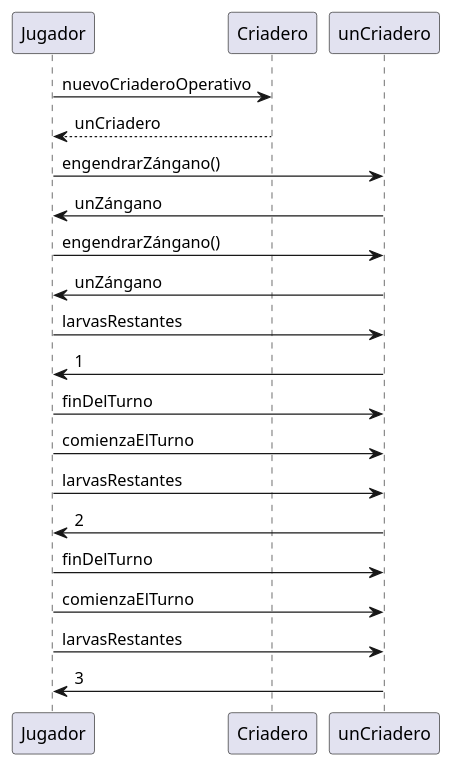
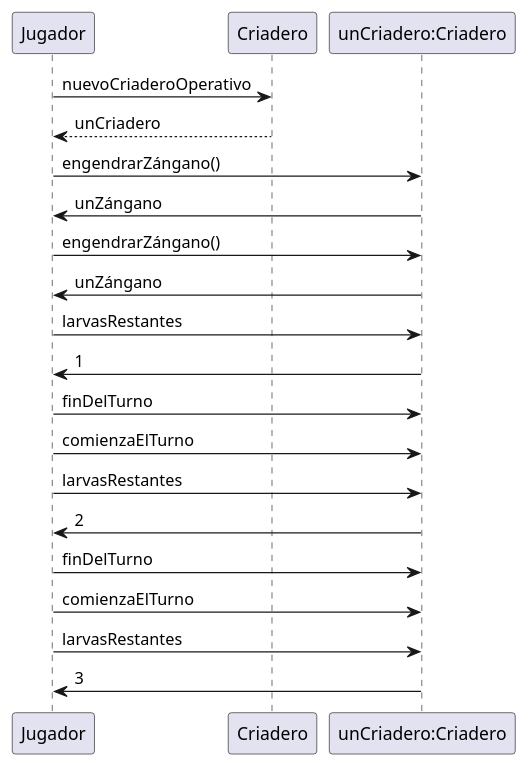
The diagram in diagrams/sequences/CasodeUso1/CriaderoEmpiezacon3LarvasConsume2LeQuedan1AlSiguienteTurnoTiene2AlSiguiente3.puml (nicolasgirardi/algo3_TP2_AlgoStar), drawn with PlantUML before and after one commit. The commit also changed 5 other files, not shown here.

```diff
--- a/diagrams/sequences/CasodeUso1/CriaderoEmpiezacon3LarvasConsume2LeQuedan1AlSiguienteTurnoTiene2AlSiguiente3.puml
+++ b/diagrams/sequences/CasodeUso1/CriaderoEmpiezacon3LarvasConsume2LeQuedan1AlSiguienteTurnoTiene2AlSiguiente3.puml
@@ -1,30 +1,30 @@
 @startuml
 'https://plantuml.com/sequence-diagram
 
 Jugador -> Criadero: nuevoCriaderoOperativo
 Criadero --> Jugador: unCriadero
 
-Jugador -> unCriadero: engendrarZángano()
-unCriadero -> Jugador: unZángano
+Jugador -> "unCriadero:Criadero": engendrarZángano()
+"unCriadero:Criadero" -> Jugador: unZángano
 
-Jugador -> unCriadero: engendrarZángano()
-unCriadero -> Jugador: unZángano
+Jugador -> "unCriadero:Criadero": engendrarZángano()
+"unCriadero:Criadero" -> Jugador: unZángano
 
-Jugador -> unCriadero: larvasRestantes
-unCriadero -> Jugador: 1
+Jugador -> "unCriadero:Criadero": larvasRestantes
+"unCriadero:Criadero" -> Jugador: 1
 
-Jugador -> unCriadero: finDelTurno
+Jugador -> "unCriadero:Criadero": finDelTurno
 
-Jugador -> unCriadero: comienzaElTurno
+Jugador -> "unCriadero:Criadero": comienzaElTurno
 
-Jugador -> unCriadero: larvasRestantes
-unCriadero -> Jugador: 2
+Jugador -> "unCriadero:Criadero": larvasRestantes
+"unCriadero:Criadero" -> Jugador: 2
 
-Jugador -> unCriadero: finDelTurno
+Jugador -> "unCriadero:Criadero": finDelTurno
 
-Jugador -> unCriadero: comienzaElTurno
+Jugador -> "unCriadero:Criadero": comienzaElTurno
 
-Jugador -> unCriadero: larvasRestantes
-unCriadero -> Jugador: 3
+Jugador -> "unCriadero:Criadero": larvasRestantes
+"unCriadero:Criadero" -> Jugador: 3
 
 @enduml
```
